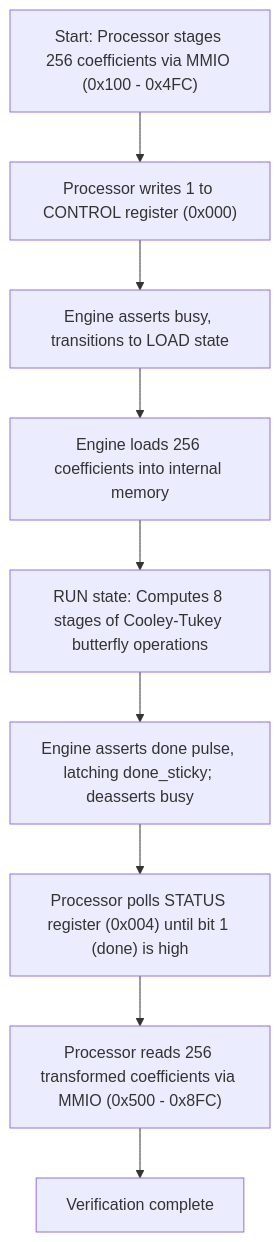
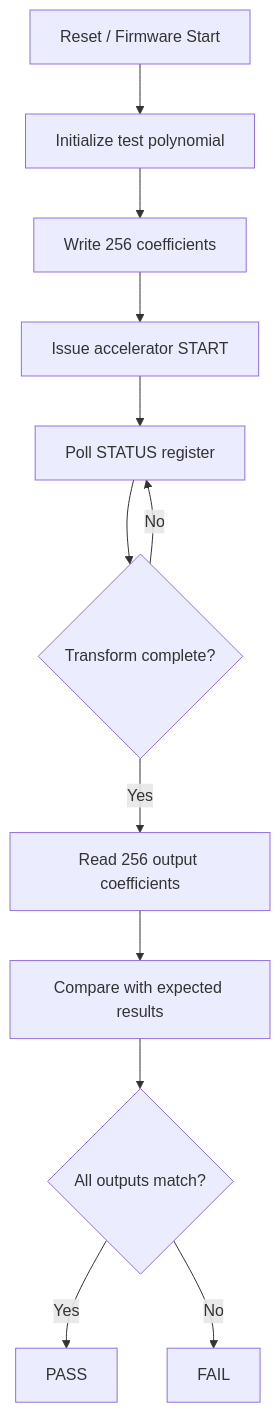
One commit to Harshima-Joshi15/riscv-ntt-accelerator changed the fifth of 7 diagrams in README.md. Above: the diagram before and after it, drawn with Mermaid. The commit also changed other lines of this file, not shown here.

````diff
--- a/README.md
+++ b/README.md
@@ -58,11 +356,20 @@
 ```mermaid
 flowchart TD
-    A["Start: Processor stages 256 coefficients via MMIO (0x100 - 0x4FC)"] --> B["Processor writes 1 to CONTROL register (0x000)"]
-    B --> C["Engine asserts busy, transitions to LOAD state"]
-    C --> D["Engine loads 256 coefficients into internal memory"]
-    D --> E["RUN state: Computes 8 stages of Cooley-Tukey butterfly operations"]
-    E --> F["Engine asserts done pulse, latching done_sticky; deasserts busy"]
-    F --> G["Processor polls STATUS register (0x004) until bit 1 (done) is high"]
-    G --> H["Processor reads 256 transformed coefficients via MMIO (0x500 - 0x8FC)"]
-    H --> I["Verification complete"]
+    A["Reset / Firmware Start"]
+    B["Initialize test polynomial"]
+    C["Write 256 coefficients"]
+    D["Issue accelerator START"]
+    E["Poll STATUS register"]
+    F{"Transform complete?"}
+    G["Read 256 output coefficients"]
+    H["Compare with expected results"]
+    I{"All outputs match?"}
+    J["PASS"]
+    K["FAIL"]
+
+    A --> B --> C --> D --> E --> F
+    F -->|No| E
+    F -->|Yes| G --> H --> I
+    I -->|Yes| J
+    I -->|No| K
 ```
````
